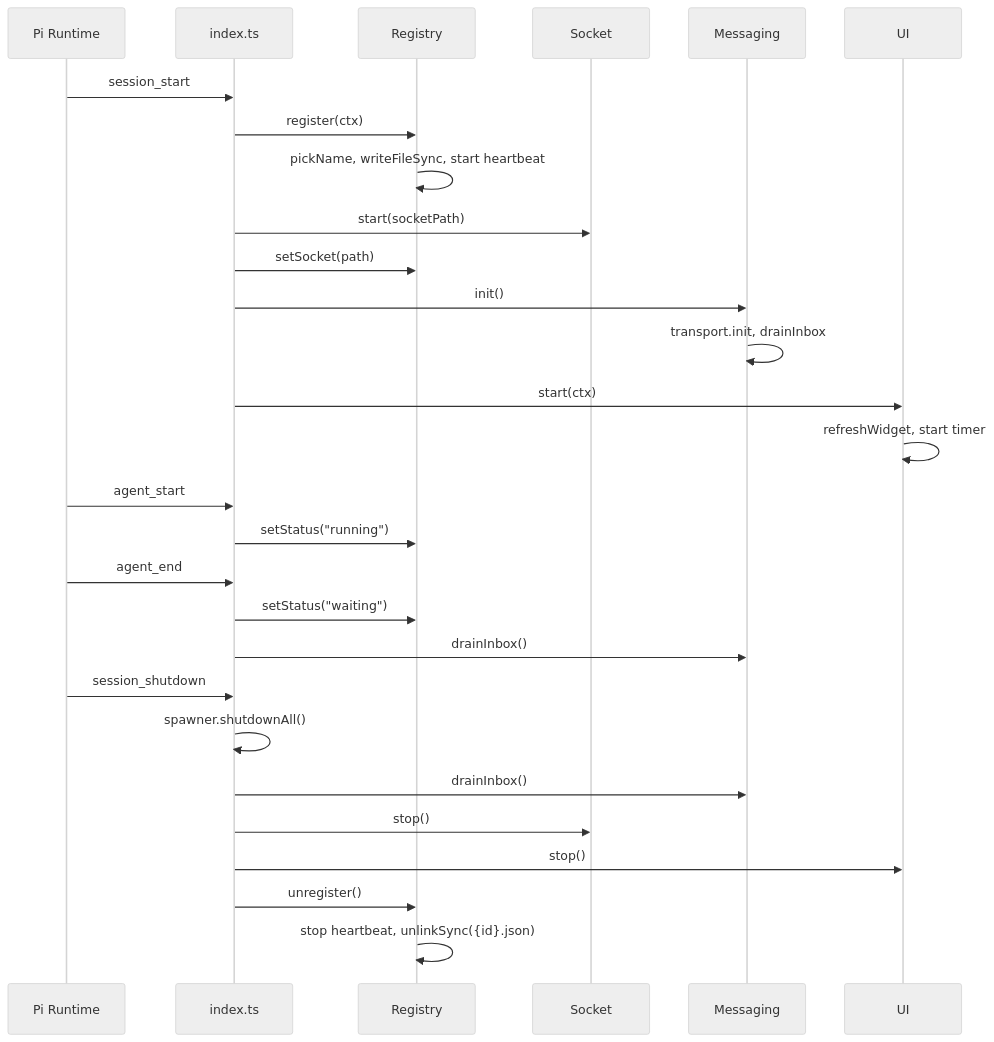
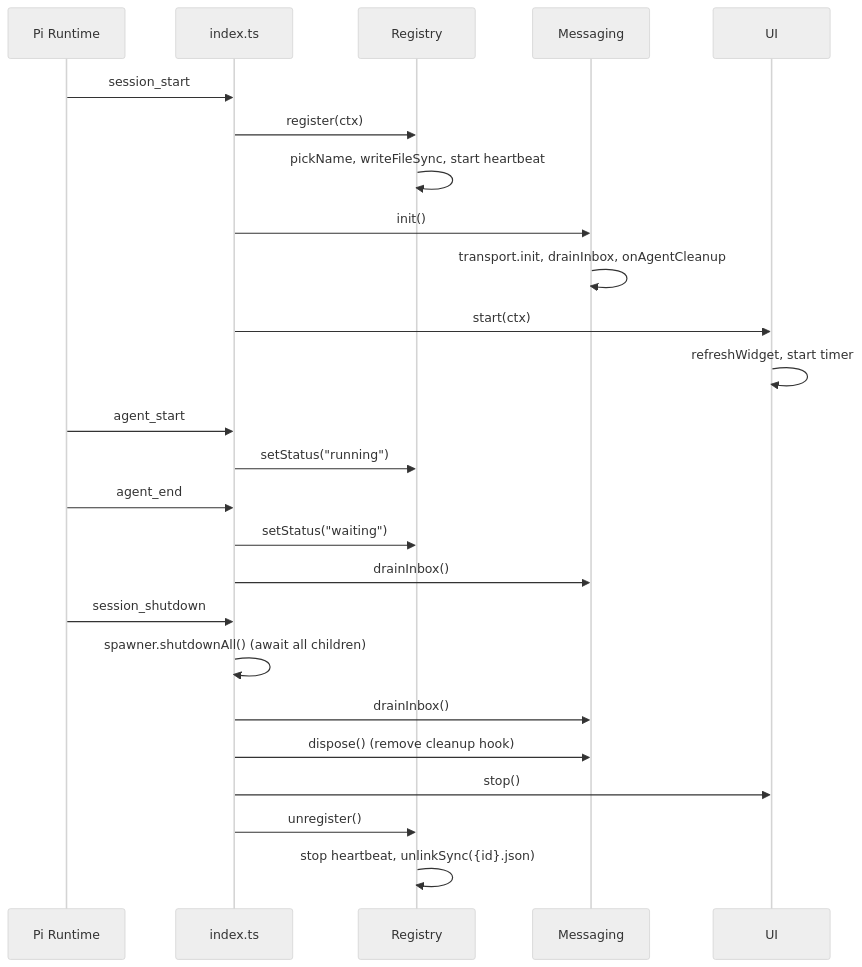
One commit to tS7hKamAYL84j91/pi-tools-and-skills changed the second of 3 diagrams in docs/C4-DataFlow.md. Above: the diagram before and after it, drawn with Mermaid (neutral theme). The commit also changed other lines of this file and 27 other files, not shown here.

````diff
--- a/docs/C4-DataFlow.md
+++ b/docs/C4-DataFlow.md
@@ -31,34 +31,31 @@
 ```mermaid
 sequenceDiagram
     participant Pi as Pi Runtime
     participant I as index.ts
     participant R as Registry
-    participant S as Socket
     participant M as Messaging
     participant U as UI
 
     Pi->>I: session_start
     I->>R: register(ctx)
     R->>R: pickName, writeFileSync, start heartbeat
-    I->>S: start(socketPath)
-    I->>R: setSocket(path)
     I->>M: init()
-    M->>M: transport.init, drainInbox
+    M->>M: transport.init, drainInbox, onAgentCleanup
     I->>U: start(ctx)
     U->>U: refreshWidget, start timer
 
     Pi->>I: agent_start
     I->>R: setStatus("running")
 
     Pi->>I: agent_end
     I->>R: setStatus("waiting")
     I->>M: drainInbox()
 
     Pi->>I: session_shutdown
-    I->>I: spawner.shutdownAll()
+    I->>I: spawner.shutdownAll() (await all children)
     I->>M: drainInbox()
-    I->>S: stop()
+    I->>M: dispose() (remove cleanup hook)
     I->>U: stop()
     I->>R: unregister()
     R->>R: stop heartbeat, unlinkSync({id}.json)
 ```
````
